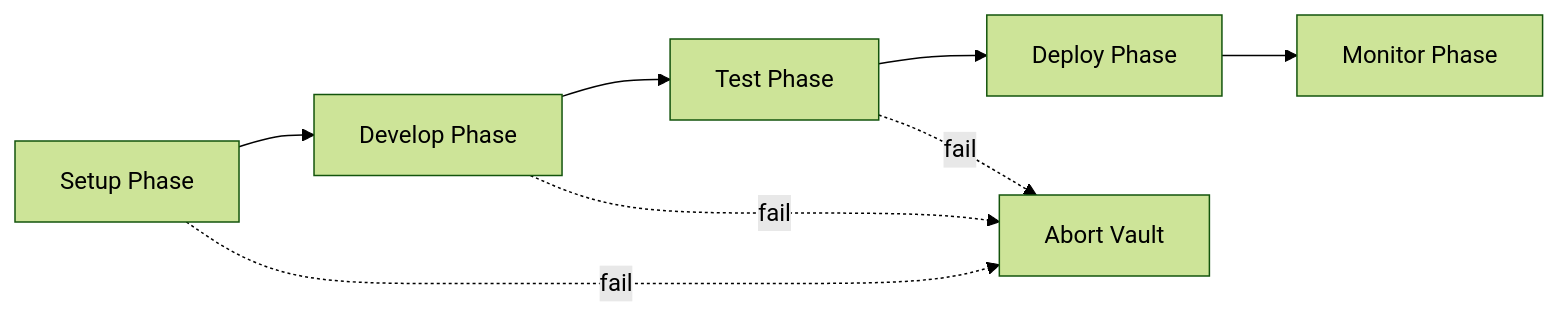
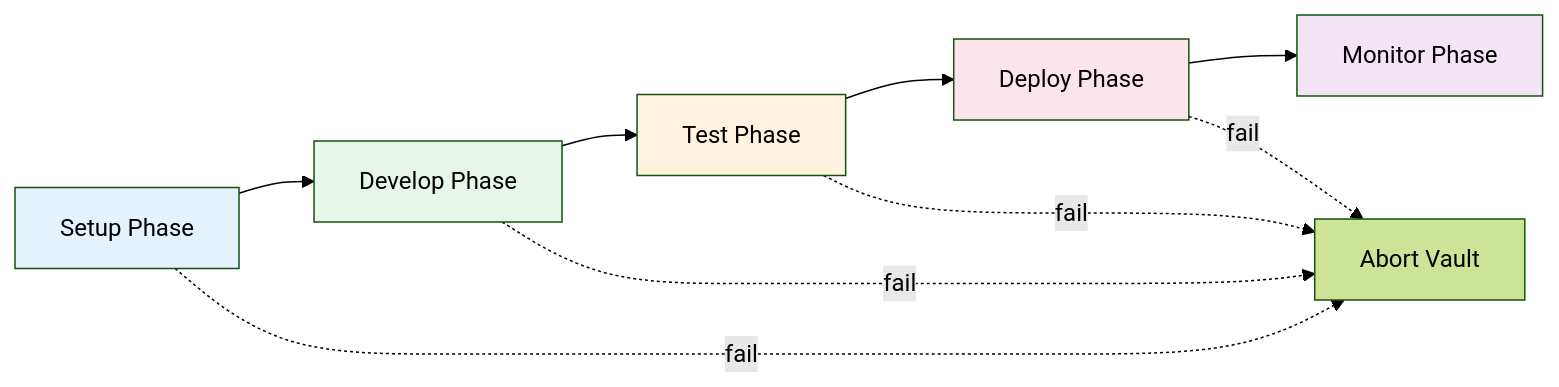
The diagram in scenarios/test-genie/docs/guides/vault-testing.md (Vrooli/Vrooli), drawn with Mermaid (forest theme) before and after one commit. The commit also changed other lines of this file and 58 other files, not shown here.

````diff
--- a/scenarios/test-genie/docs/guides/vault-testing.md
+++ b/scenarios/test-genie/docs/guides/vault-testing.md
@@ -67,11 +15,18 @@
 ```mermaid
 graph LR
     setup[Setup Phase] --> develop[Develop Phase]
     develop --> test[Test Phase]
     test --> deploy[Deploy Phase]
     deploy --> monitor[Monitor Phase]
 
     setup -.->|fail| abort[Abort Vault]
     develop -.->|fail| abort
     test -.->|fail| abort
+    deploy -.->|fail| abort
+
+    style setup fill:#e3f2fd
+    style develop fill:#e8f5e9
+    style test fill:#fff3e0
+    style deploy fill:#fce4ec
+    style monitor fill:#f3e5f5
 ```
````
